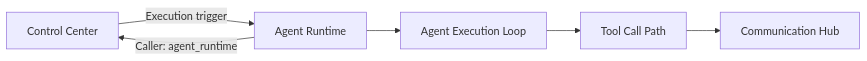
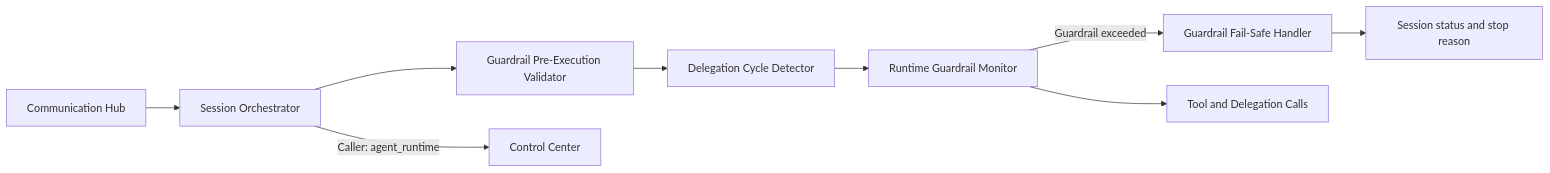
The first of 2 diagrams in docs/master/architecture/modules/agent-runtime/architecture.md (hurungang/parthenon), drawn with Mermaid before and after one commit. The commit also changed other lines of this file and 139 other files, not shown here.

````diff
--- a/docs/master/architecture/modules/agent-runtime/architecture.md
+++ b/docs/master/architecture/modules/agent-runtime/architecture.md
@@ -3,14 +3,21 @@
 ```mermaid
 flowchart LR
+    CH[Communication Hub]
+    ORCH[Session Orchestrator]
+    PV[Guardrail Pre-Execution Validator]
+    CD[Delegation Cycle Detector]
+    RM[Runtime Guardrail Monitor]
+    FS[Guardrail Fail-Safe Handler]
+    TC[Tool and Delegation Calls]
     CC[Control Center]
-    AR[Agent Runtime]
-    CH[Communication Hub]
-    EXEC[Agent Execution Loop]
-    TOOL[Tool Call Path]
+    ST[Session status and stop reason]
 
-    CC -->|Execution trigger| AR
-    AR --> EXEC
-    EXEC --> TOOL
-    TOOL --> CH
-    AR -->|Caller: agent_runtime| CC
+    CH --> ORCH
+    ORCH --> PV
+    PV --> CD
+    CD --> RM
+    RM --> TC
+    RM -->|Guardrail exceeded| FS
+    FS --> ST
+    ORCH -->|Caller: agent_runtime| CC
 ```
````
